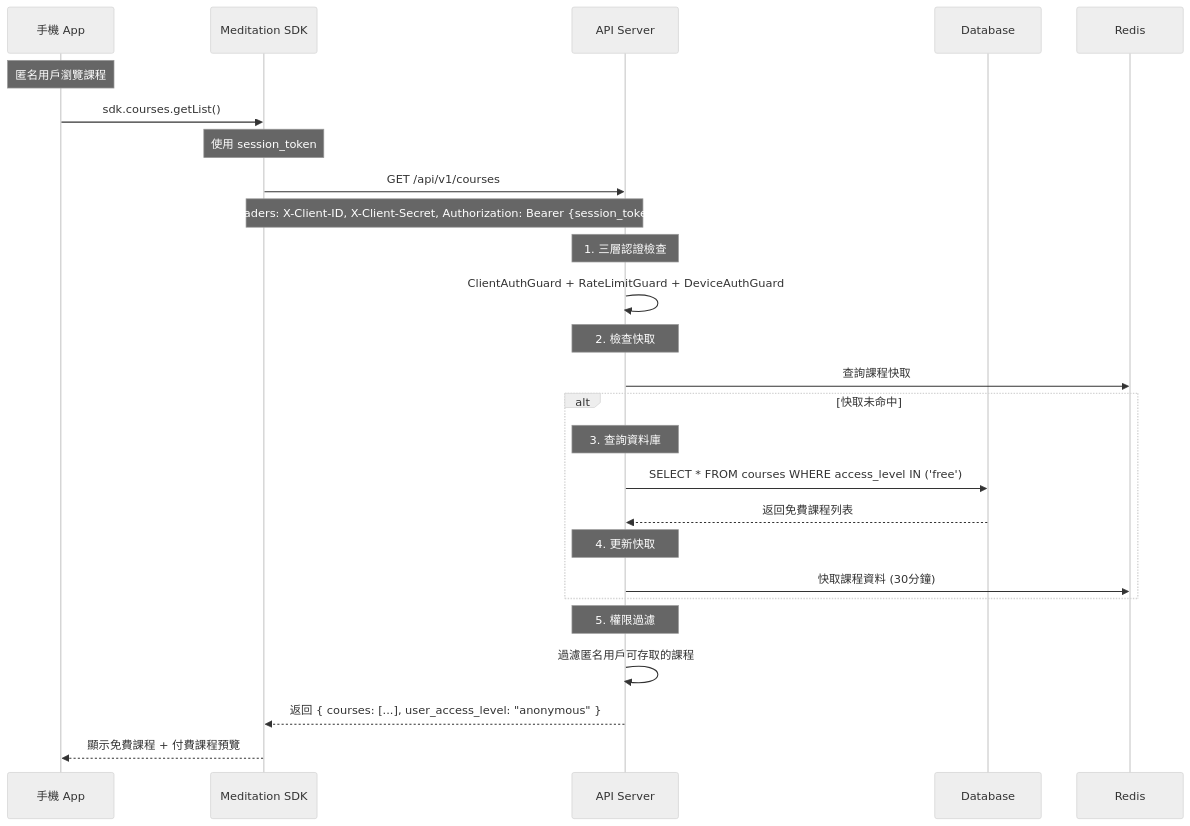
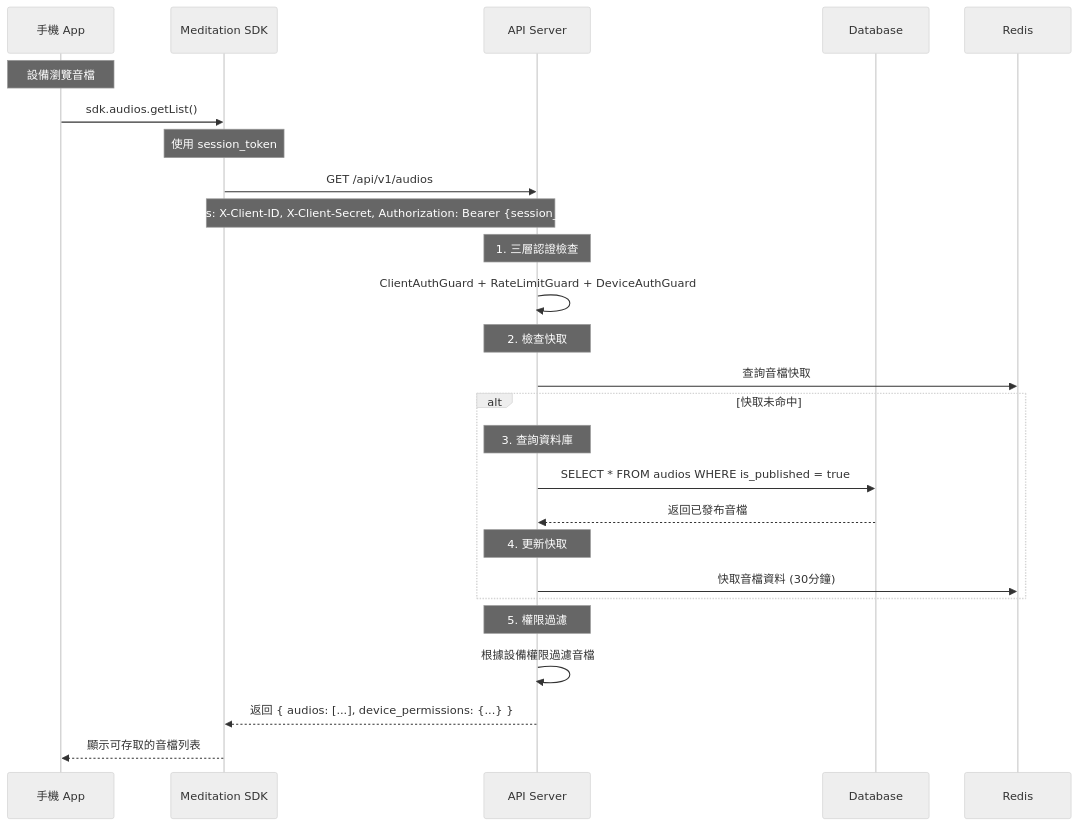
The second of 4 diagrams in docs/authentication-flow.md (kevintu117/meditation-plan), drawn with Mermaid (neutral theme) before and after one commit. The commit also changed other lines of this file and 6 other files, not shown here.

````diff
--- a/docs/authentication-flow.md
+++ b/docs/authentication-flow.md
@@ -138,36 +65,36 @@
 ```mermaid
 sequenceDiagram
     participant App as 手機 App
     participant SDK as Meditation SDK
     participant API as API Server
     participant DB as Database
     participant Cache as Redis
 
-    Note over App: 匿名用戶瀏覽課程
-    App->>SDK: sdk.courses.getList()
+    Note over App: 設備瀏覽音檔
+    App->>SDK: sdk.audios.getList()
     
     Note over SDK: 使用 session_token
-    SDK->>API: GET /api/v1/courses
+    SDK->>API: GET /api/v1/audios
     Note over SDK,API: Headers: X-Client-ID, X-Client-Secret, Authorization: Bearer {session_token}
     
     Note over API: 1. 三層認證檢查
     API->>API: ClientAuthGuard + RateLimitGuard + DeviceAuthGuard
     
     Note over API: 2. 檢查快取
-    API->>Cache: 查詢課程快取
+    API->>Cache: 查詢音檔快取
     
     alt 快取未命中
         Note over API: 3. 查詢資料庫
-        API->>DB: SELECT * FROM courses WHERE access_level IN ('free')
-        DB-->>API: 返回免費課程列表
+        API->>DB: SELECT * FROM audios WHERE is_published = true
+        DB-->>API: 返回已發布音檔
         
         Note over API: 4. 更新快取
-        API->>Cache: 快取課程資料 (30分鐘)
+        API->>Cache: 快取音檔資料 (30分鐘)
     end
     
     Note over API: 5. 權限過濾
-    API->>API: 過濾匿名用戶可存取的課程
+    API->>API: 根據設備權限過濾音檔
     
-    API-->>SDK: 返回 { courses: [...], user_access_level: "anonymous" }
-    SDK-->>App: 顯示免費課程 + 付費課程預覽
+    API-->>SDK: 返回 { audios: [...], device_permissions: {...} }
+    SDK-->>App: 顯示可存取的音檔列表
 ```
````
